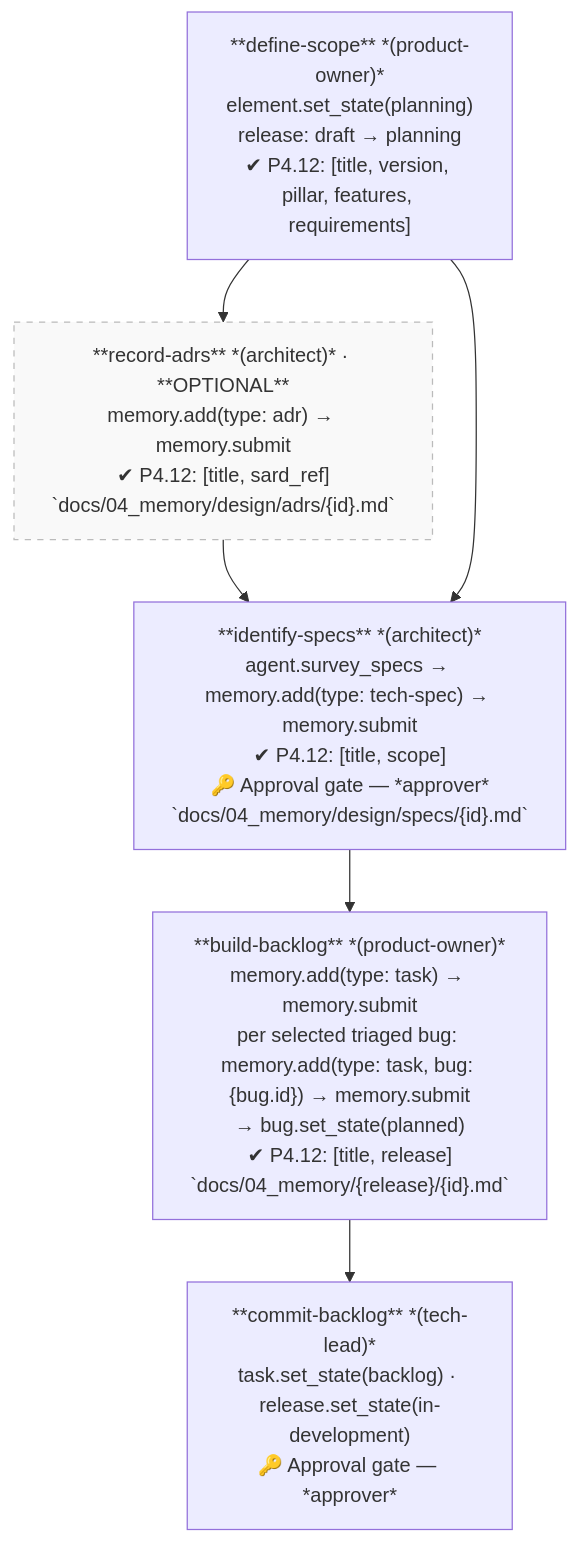
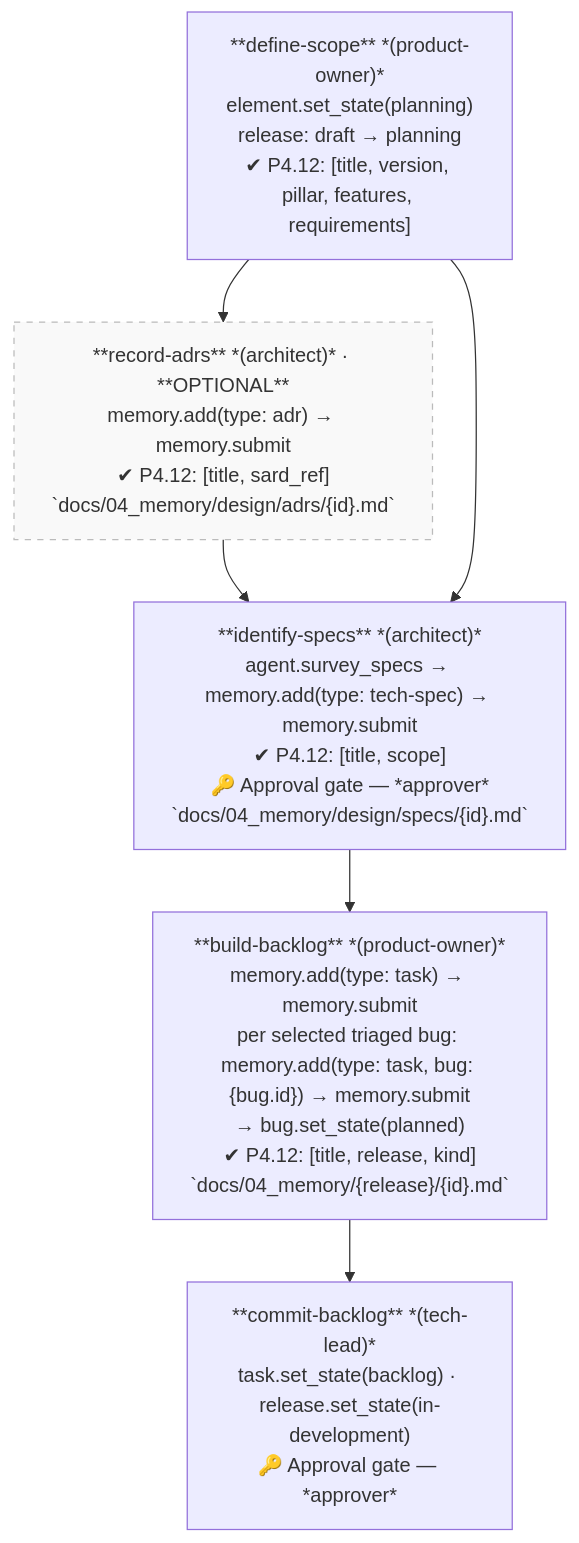
One commit to robypomper/wingfoil changed the tenth of 21 diagrams in .wingfoil/WORKFLOW.md. Above: the diagram before and after it, drawn with Mermaid. The commit also changed 3 other files, not shown here.

First line of the commit message:
feat(memory): task-150 — task requires kind (feature | fix) and states the stop-the-line threshold once; memory.yaml 1.9, release-planning 1.4

````diff
--- a/.wingfoil/WORKFLOW.md
+++ b/.wingfoil/WORKFLOW.md
@@ -231,13 +231,13 @@
 ```mermaid
 flowchart TD
     DS["**define-scope** *(product-owner)*\nelement.set_state(planning)\nrelease: draft → planning\n✔ P4.12: [title, version, pillar, features, requirements]"]
     RA["**record-adrs** *(architect)* · **OPTIONAL**\nmemory.add(type: adr) → memory.submit\n✔ P4.12: [title, sard_ref]\n`docs/04_memory/design/adrs/{id}.md`"]
     IS["**identify-specs** *(architect)*\nagent.survey_specs → memory.add(type: tech-spec) → memory.submit\n✔ P4.12: [title, scope]\n🔑 Approval gate — *approver*\n`docs/04_memory/design/specs/{id}.md`"]
-    BB["**build-backlog** *(product-owner)*\nmemory.add(type: task) → memory.submit\nper selected triaged bug: memory.add(type: task, bug: {bug.id}) → memory.submit\n→ bug.set_state(planned)\n✔ P4.12: [title, release]\n`docs/04_memory/{release}/{id}.md`"]
+    BB["**build-backlog** *(product-owner)*\nmemory.add(type: task) → memory.submit\nper selected triaged bug: memory.add(type: task, bug: {bug.id}) → memory.submit\n→ bug.set_state(planned)\n✔ P4.12: [title, release, kind]\n`docs/04_memory/{release}/{id}.md`"]
     CB["**commit-backlog** *(tech-lead)*\ntask.set_state(backlog) · release.set_state(in-development)\n🔑 Approval gate — *approver*"]
 
     DS --> RA --> IS --> BB --> CB
     DS --> IS
 
     style RA fill:#f9f9f9,stroke:#bbb,stroke-dasharray:5 5
 ```
````
